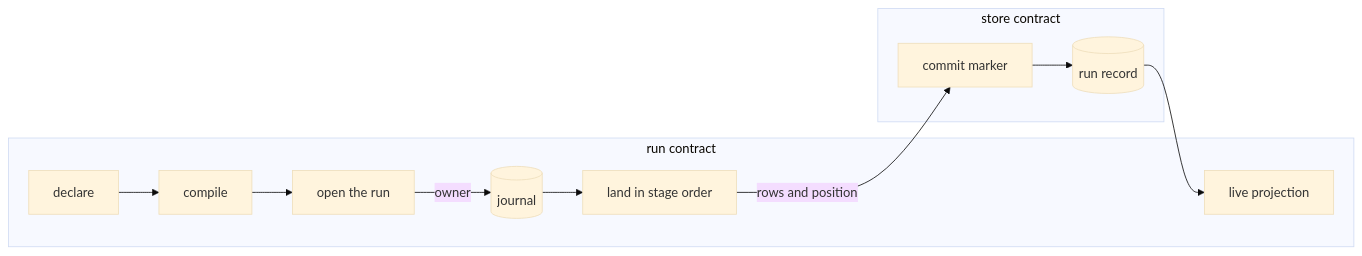
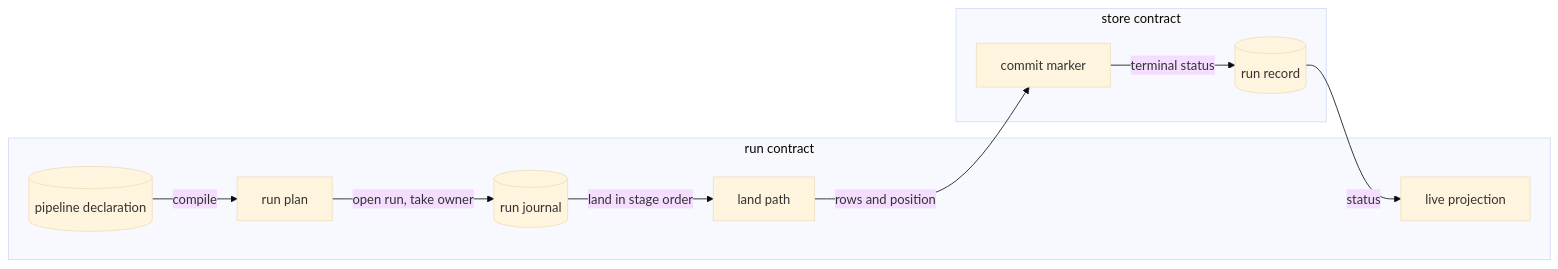
One commit to fractalboxdev/contextful changed the diagram in spec/guide/run.md. Above: the diagram before and after it, drawn with Mermaid (base theme). The commit also changed 31 other files, not shown here.

First line of the commit message:
spec: every diagram draws things as nodes and what flows as labelled edges

````diff
--- a/spec/guide/run.md
+++ b/spec/guide/run.md
@@ -18,17 +18,16 @@
 ```mermaid
 flowchart LR
   subgraph RUNC["run contract"]
-    D["declare"] --> C["compile"]
-    C --> O["open the run"]
-    O -->|"owner"| J[("journal")]
-    J --> L["land in stage order"]
+    D[("pipeline declaration")] -->|"compile"| PL["run plan"]
+    PL -->|"open run, take owner"| J[("run journal")]
+    J -->|"land in stage order"| L["land path"]
     P["live projection"]
   end
   subgraph STORE["store contract"]
     M["commit marker"]
     R[("run record")]
   end
   L -->|"rows and position"| M
-  M --> R
-  R --> P
+  M -->|"terminal status"| R
+  R -->|"status"| P
 ```
````
